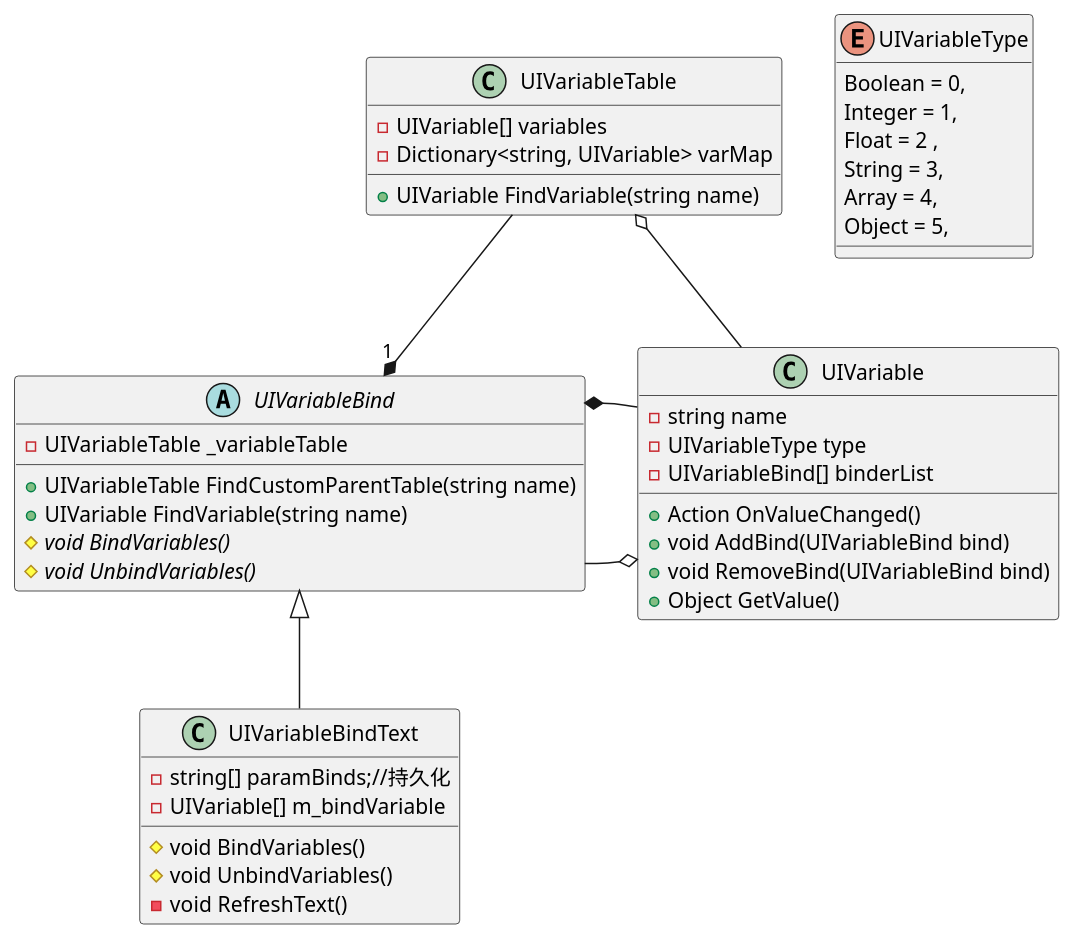
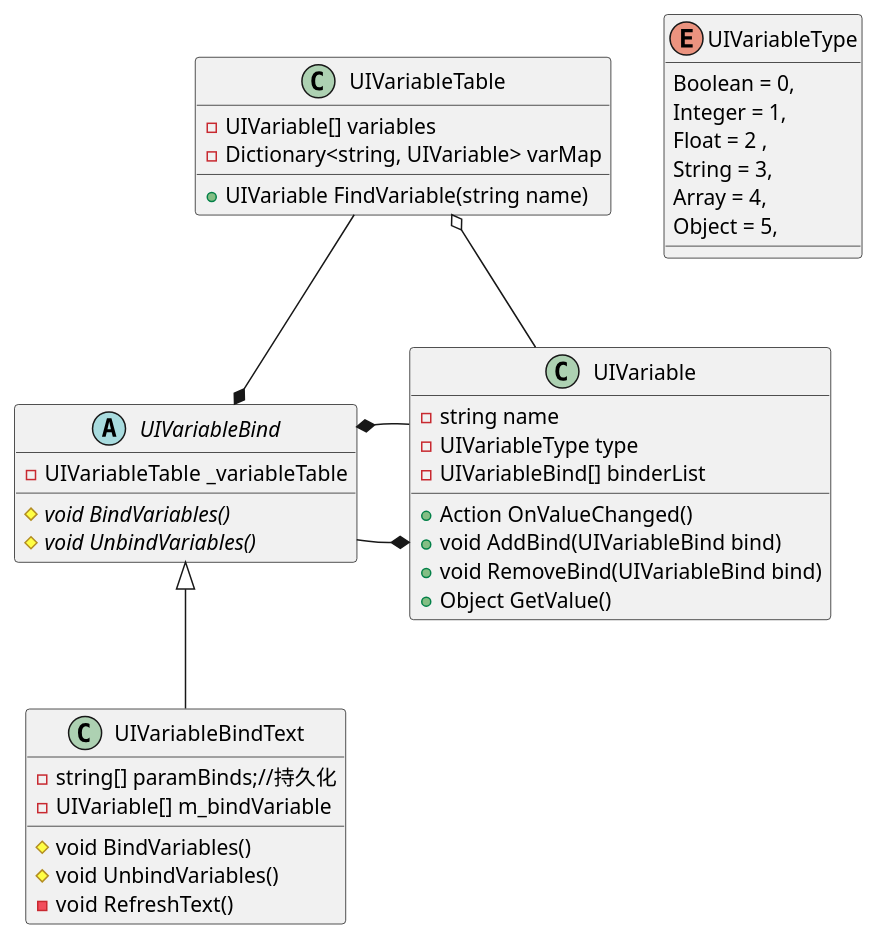
The diagram in Assets/Scripts/UI/ReactUI/UML/ReactUI.puml (ANA-kh/ReactUIForUnity), drawn with PlantUML before and after one commit. The commit also changed 6 other files, not shown here.

```diff
--- a/Assets/Scripts/UI/ReactUI/UML/ReactUI.puml
+++ b/Assets/Scripts/UI/ReactUI/UML/ReactUI.puml
@@ -1,53 +1,52 @@
 @startuml
 
 enum UIVariableType
 {
 Boolean = 0,
 Integer = 1,
 Float = 2 ,
 String = 3,
 Array = 4,
 Object = 5,
 }
 class UIVariable
 {
 -string name
 -UIVariableType type
 -UIVariableBind[] binderList
 +Action OnValueChanged()
 +void AddBind(UIVariableBind bind)
 +void RemoveBind(UIVariableBind bind)
 +Object GetValue()
 }
 class UIVariableTable
 {
 -UIVariable[] variables
 -Dictionary<string, UIVariable> varMap
 +UIVariable FindVariable(string name)
 }
 abstract class UIVariableBind
 {
 -UIVariableTable _variableTable
-+UIVariableTable FindCustomParentTable(string name)
-+UIVariable FindVariable(string name)
+
 #{abstract} void BindVariables()
 #{abstract} void UnbindVariables()
 }
 class UIVariableBindText
 {
 -string[] paramBinds;//持久化
 -UIVariable[] m_bindVariable
 #void BindVariables()
 #void UnbindVariables()
 -void RefreshText()
 }
 
 skinparam groupInheritance 2
-UIVariable o-left- UIVariableBind
+UIVariable *-left- UIVariableBind
 UIVariableTable o-down- UIVariable
 UIVariableBind *-- UIVariable
-UIVariableBind "1"*-up- UIVariableTable
+UIVariableBind *-up- UIVariableTable
 UIVariableBindText -up-|> UIVariableBind
 
 
 @enduml
```
